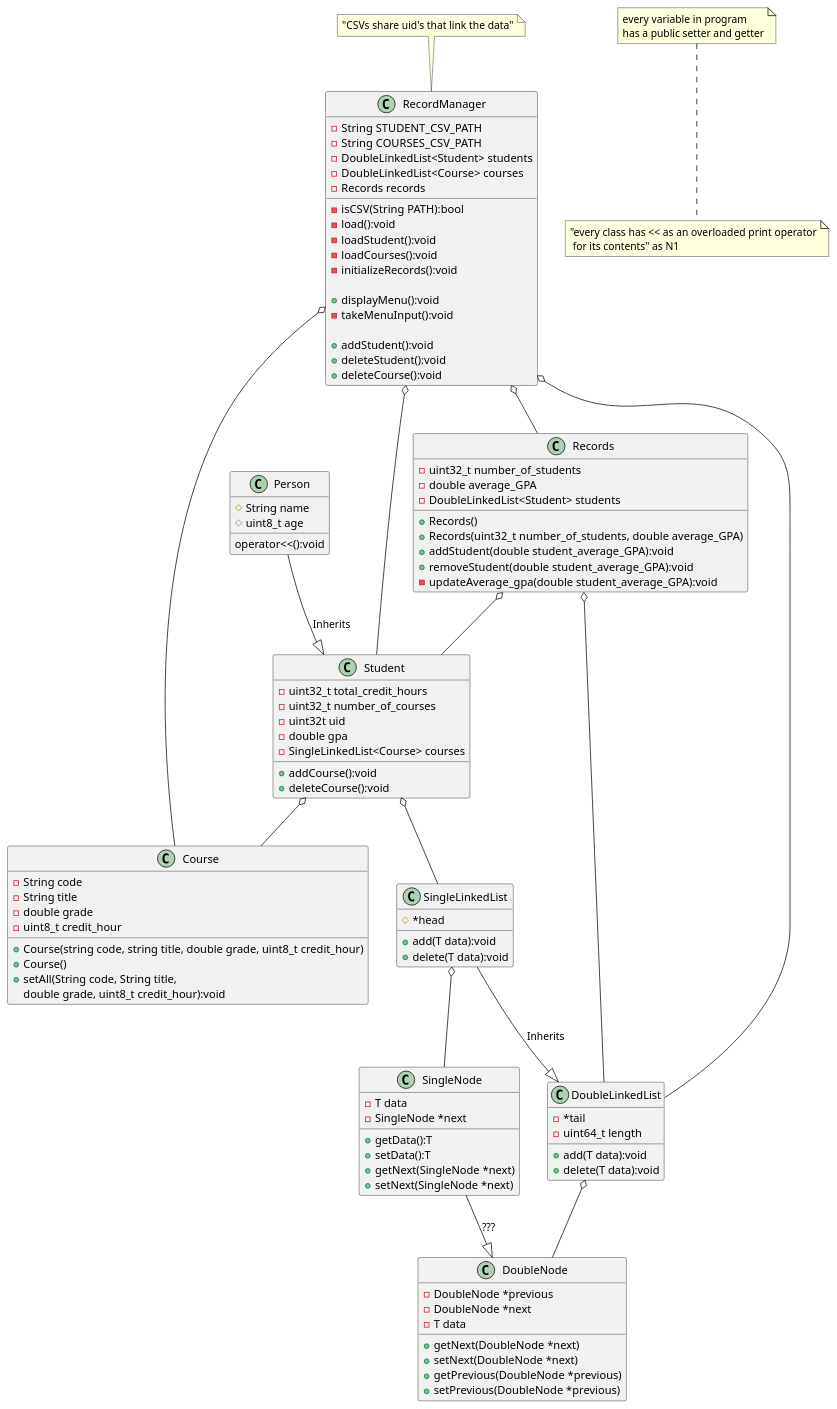
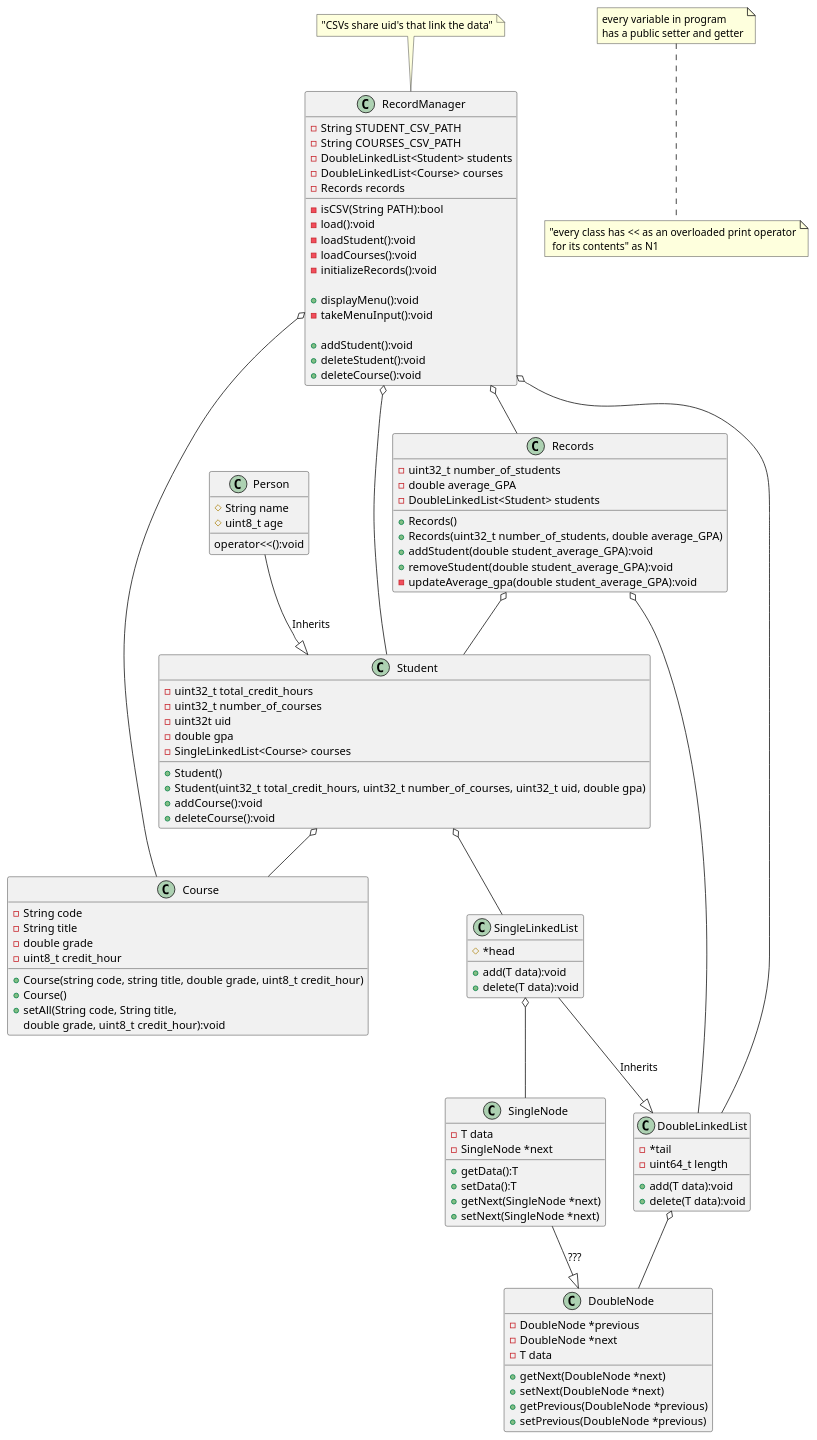
One commit to Andrew-Shepard/SimpleStudentRecordSystem changed the diagram in uml/ClassDiagram.puml. Above: the diagram before and after it, drawn with PlantUML. The commit also changed 4 other files, not shown here.

```diff
--- a/uml/ClassDiagram.puml
+++ b/uml/ClassDiagram.puml
@@ -1,112 +1,114 @@
 @startuml
 
 class Person {
     #String name
     #uint8_t age
 
     operator<<():void
 }
 
 class Course {
     -String code
     -String title
     -double grade
     -uint8_t credit_hour
 
     +Course(string code, string title, double grade, uint8_t credit_hour)
     +Course()
     +setAll(String code, String title,
         double grade, uint8_t credit_hour):void
 }
 class SingleLinkedList{
     #*head
 
     +add(T data):void
     +delete(T data):void
 }
 class DoubleLinkedList{
     -*tail
     -uint64_t length
 
     +add(T data):void
     +delete(T data):void
 }
 class SingleNode{
     -T data
     -SingleNode *next
 
     +getData():T
     +setData():T
     +getNext(SingleNode *next)
     +setNext(SingleNode *next)
 }
 class DoubleNode{
     -DoubleNode *previous
     -DoubleNode *next
     -T data
 
     +getNext(DoubleNode *next)
     +setNext(DoubleNode *next)
     +getPrevious(DoubleNode *previous)
     +setPrevious(DoubleNode *previous)
 }
 class RecordManager{
     -String STUDENT_CSV_PATH
     -String COURSES_CSV_PATH
     -DoubleLinkedList<Student> students
     -DoubleLinkedList<Course> courses
     -Records records
 
     -isCSV(String PATH):bool
     -load():void
     -loadStudent():void
     -loadCourses():void
     -initializeRecords():void
 
     +displayMenu():void
     -takeMenuInput():void
 
     +addStudent():void
     +deleteStudent():void
     +deleteCourse():void
 }
 class Student{
     -uint32_t total_credit_hours
     -uint32_t number_of_courses
     -uint32t uid
     -double gpa
     -SingleLinkedList<Course> courses
 
+    +Student()
+    +Student(uint32_t total_credit_hours, uint32_t number_of_courses, uint32_t uid, double gpa)
     +addCourse():void
     +deleteCourse():void
 }
 class Records{
     -uint32_t number_of_students
     -double average_GPA
     -DoubleLinkedList<Student> students
 
     +Records()
     +Records(uint32_t number_of_students, double average_GPA)
     +addStudent(double student_average_GPA):void
     +removeStudent(double student_average_GPA):void
     -updateAverage_gpa(double student_average_GPA):void
 }
 Person --|> Student : Inherits
 Student o-- SingleLinkedList
 Records o-- DoubleLinkedList
 Student o-- Course
 Records o-- Student
 RecordManager o-- DoubleLinkedList
 RecordManager o-- Records
 RecordManager o-- Student
 RecordManager o-- Course
 SingleLinkedList o-- SingleNode
 DoubleLinkedList o-- DoubleNode
 
 SingleLinkedList --|> DoubleLinkedList : Inherits
 SingleNode --|> DoubleNode : ???
 
 note "every variable in program\nhas a public setter and getter" as N2
 note bottom of N2 : "every class has << as an overloaded print operator\n for its contents" as N1
 note top of RecordManager : "CSVs share uid's that link the data"
 @enduml
```
